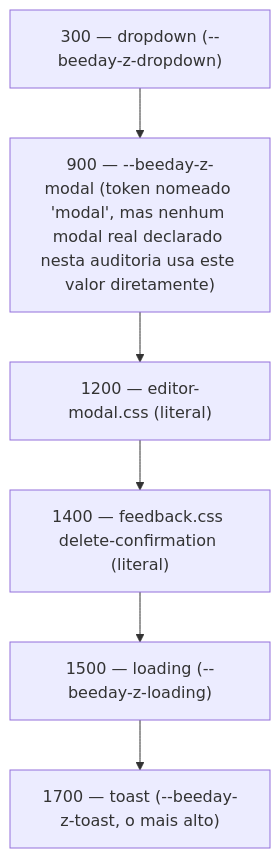
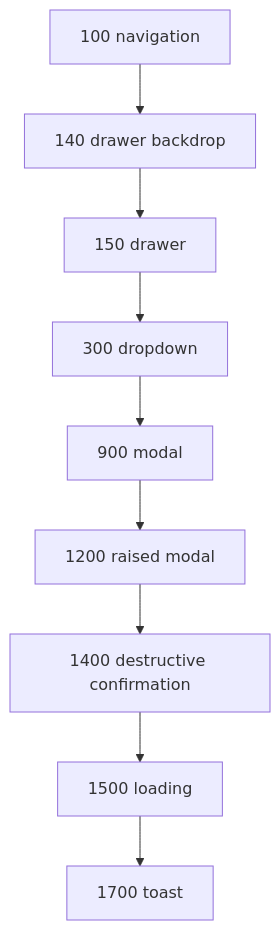
One commit to DS-Asyst/BeeDay changed the diagram in docs/design-system/01-foundations.md. Above: the diagram before and after it, drawn with Mermaid. The commit also changed other lines of this file and 15 other files, not shown here.

````diff
--- a/docs/design-system/01-foundations.md
+++ b/docs/design-system/01-foundations.md
@@ -399,10 +424,6 @@
 ```mermaid
 graph TD
-    Z0["300 — dropdown (--beeday-z-dropdown)"]
-    Z1["900 — --beeday-z-modal (token nomeado 'modal', mas nenhum modal real declarado nesta auditoria usa este valor diretamente)"]
-    Z2["1200 — editor-modal.css (literal)"]
-    Z3["1400 — feedback.css delete-confirmation (literal)"]
-    Z4["1500 — loading (--beeday-z-loading)"]
-    Z5["1700 — toast (--beeday-z-toast, o mais alto)"]
-    Z0 --> Z1 --> Z2 --> Z3 --> Z4 --> Z5
+    N["100 navigation"] --> DB["140 drawer backdrop"] --> D["150 drawer"]
+    D --> DD["300 dropdown"] --> M["900 modal"] --> MR["1200 raised modal"]
+    MR --> C["1400 destructive confirmation"] --> L["1500 loading"] --> T["1700 toast"]
 ```
````
